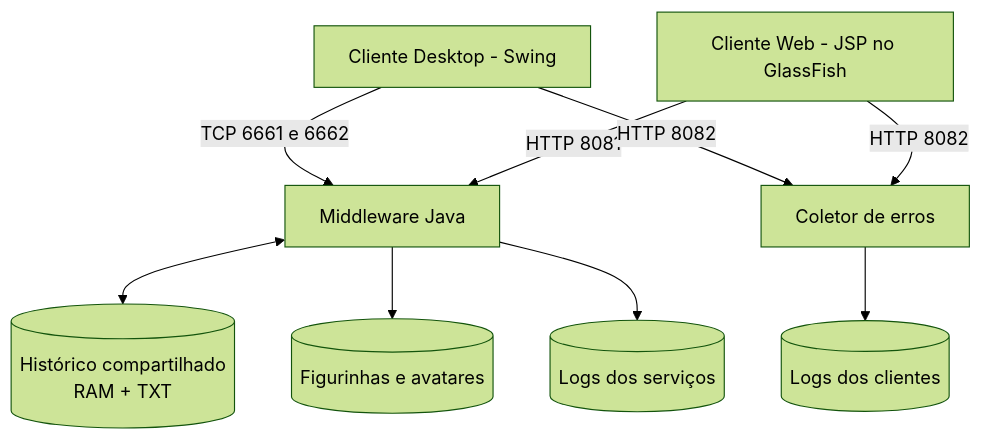
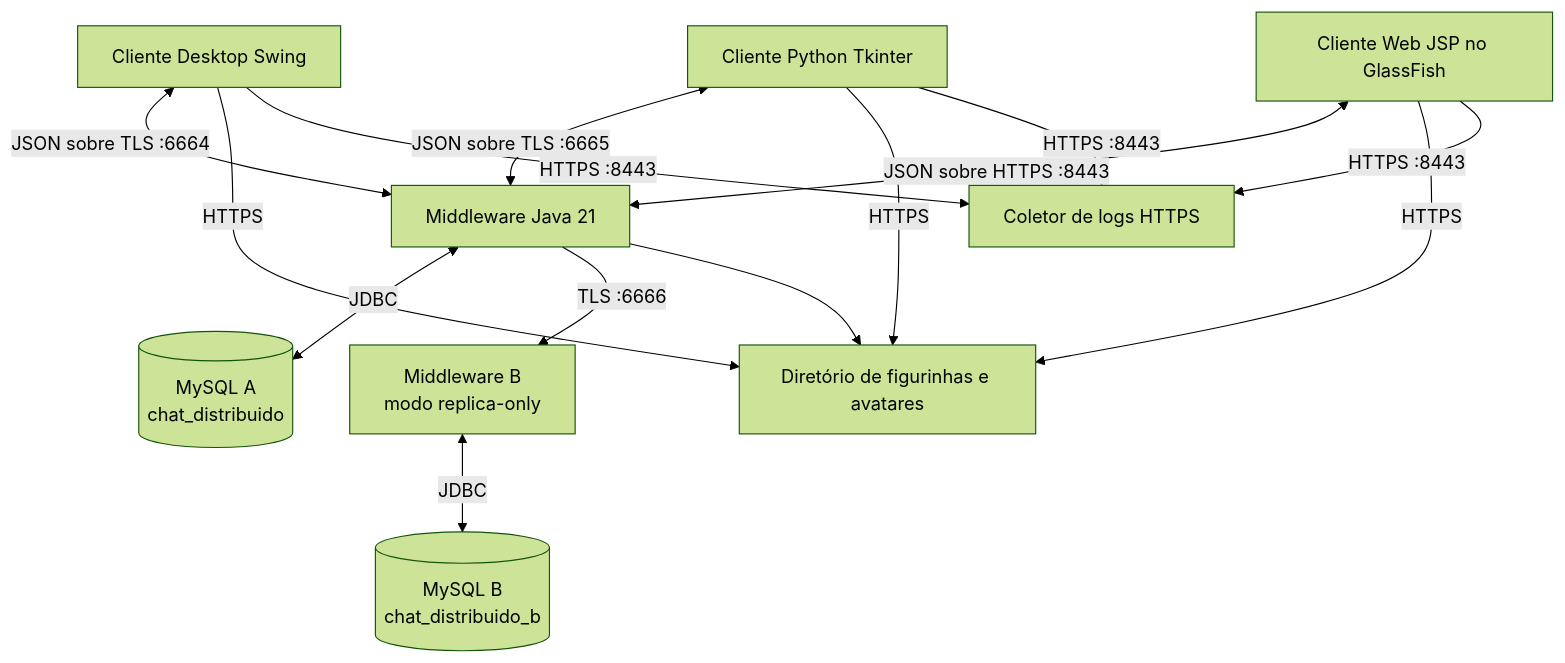
The diagram in README.md (Jottynha/Sistemas-Distribuidos-Backup), drawn with Mermaid (forest theme) before and after one commit. The commit also changed other lines of this file and 37 other files, not shown here.

````diff
--- a/README.md
+++ b/README.md
@@ -78,20 +86,26 @@
 ```mermaid
 flowchart TB
-    D[Cliente Desktop - Swing]
-    W[Cliente Web - JSP no GlassFish]
-    M[Middleware Java]
-    R[(Histórico compartilhado<br/>RAM + TXT)]
-    A[(Figurinhas e avatares)]
-    L[Coletor de erros]
-    LD[(Logs dos clientes)]
-    LS[(Logs dos serviços)]
+    D[Cliente Desktop Swing]
+    W[Cliente Web JSP no GlassFish]
+    P[Cliente Python Tkinter]
+    M[Middleware Java 21]
+    DB[(MySQL A<br/>chat_distribuido)]
+    MB[Middleware B<br/>modo replica-only]
+    DBB[(MySQL B<br/>chat_distribuido_b)]
+    F[Diretório de figurinhas e avatares]
+    L[Coletor de logs HTTPS]
 
-    D -->|TCP 6661 e 6662| M
-    W -->|HTTP 8081| M
-    D -->|HTTP 8082| L
-    W -->|HTTP 8082| L
-    M <--> R
-    M --> A
-    L --> LD
-    M --> LS
+    D <-->|JSON sobre TLS :6664| M
+    P <-->|JSON sobre TLS :6665| M
+    W <-->|JSON sobre HTTPS :8443| M
+    M <-->|JDBC| DB
+    M -->|TLS :6666| MB
+    MB <-->|JDBC| DBB
+    M --> F
+    D -->|HTTPS| F
+    P -->|HTTPS| F
+    W -->|HTTPS| F
+    D -->|HTTPS :8443| L
+    W -->|HTTPS :8443| L
+    P -->|HTTPS :8443| L
 ```
````
